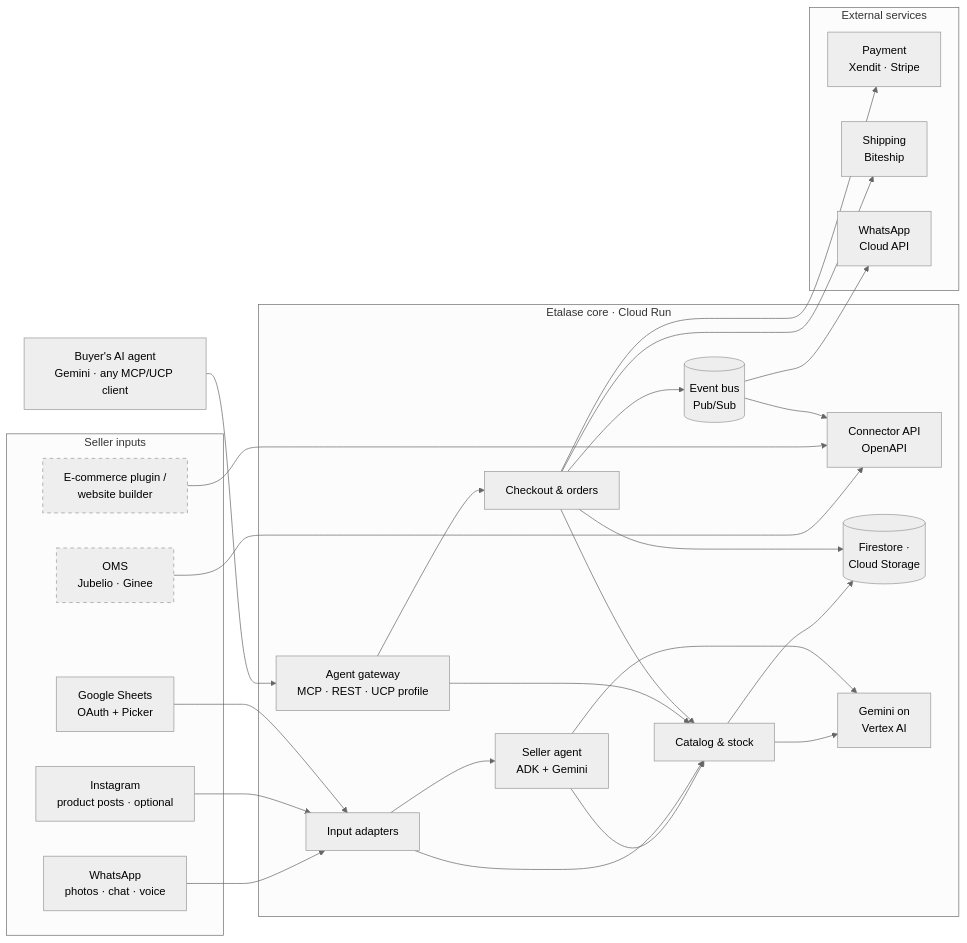
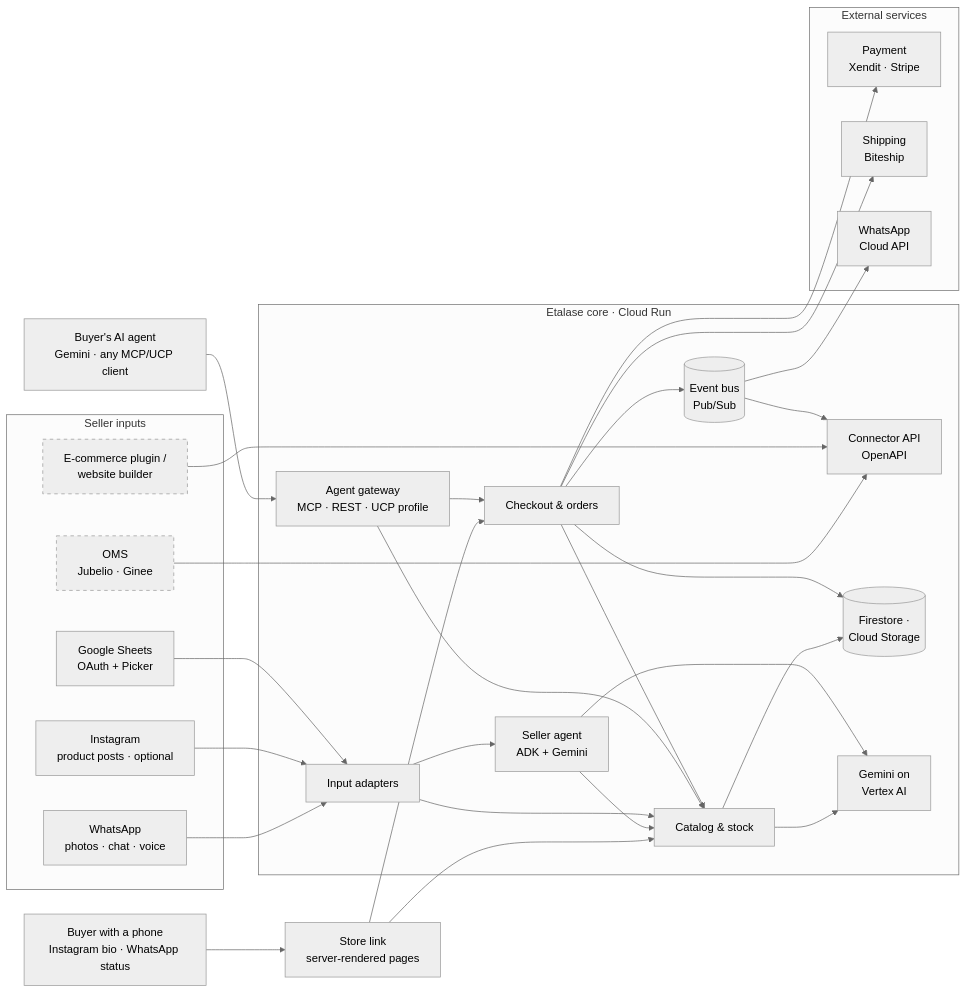
Before and after one commit to galihsatriawan/etalase: the first of 3 diagrams in docs/03-architecture.md, drawn with Mermaid (neutral theme). The commit also changed other lines of this file and 106 other files, not shown here.

````diff
--- a/docs/03-architecture.md
+++ b/docs/03-architecture.md
@@ -10,51 +10,54 @@
 ```mermaid
 flowchart LR
   subgraph Inputs["Seller inputs"]
     WA[WhatsApp<br/>photos · chat · voice]
     IG[Instagram<br/>product posts · optional]
     GS[Google Sheets<br/>OAuth + Picker]
     OMS[OMS<br/>Jubelio · Ginee]:::planned
     EC[E-commerce plugin /<br/>website builder]:::planned
   end
 
   subgraph Core["Etalase core · Cloud Run"]
     IA[Input adapters]
     SA[Seller agent<br/>ADK + Gemini]
     CAT[Catalog & stock]
     CO[Checkout & orders]
     GW[Agent gateway<br/>MCP · REST · UCP profile]
     CON[Connector API<br/>OpenAPI]
     EV[(Event bus<br/>Pub/Sub)]
     DB[(Firestore ·<br/>Cloud Storage)]
     GEM[Gemini on<br/>Vertex AI]
   end
 
   subgraph External["External services"]
     PAY[Payment<br/>Xendit · Stripe]
     SHIP[Shipping<br/>Biteship]
     WAAPI[WhatsApp<br/>Cloud API]
   end
 
   AGENT[Buyer's AI agent<br/>Gemini · any MCP/UCP client] --> GW
+  BUYER[Buyer with a phone<br/>Instagram bio · WhatsApp status] --> STORE[Store link<br/>server-rendered pages]
+  STORE --> CO
+  STORE --> CAT
   WA --> IA
   IG --> IA
   GS --> IA
   OMS --> CON
   EC --> CON
   IA --> SA --> CAT
   IA --> CAT
   CAT --> GEM
   SA --> GEM
   GW --> CAT
   GW --> CO
   CO --> CAT
   CO --> PAY
   CO --> SHIP
   CO --> EV
   EV --> WAAPI
   EV --> CON
   CAT --> DB
   CO --> DB
 
   classDef planned stroke-dasharray: 5 5
 ```
````
